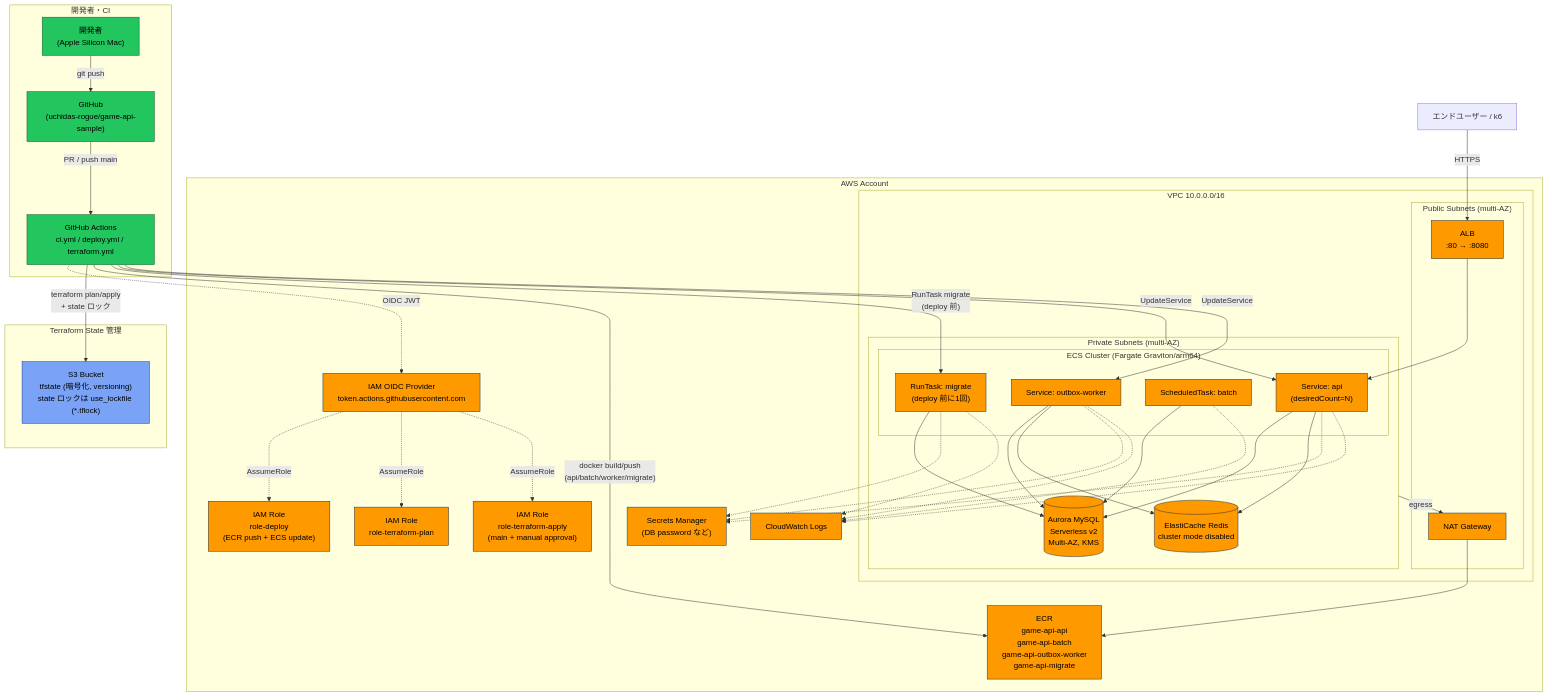
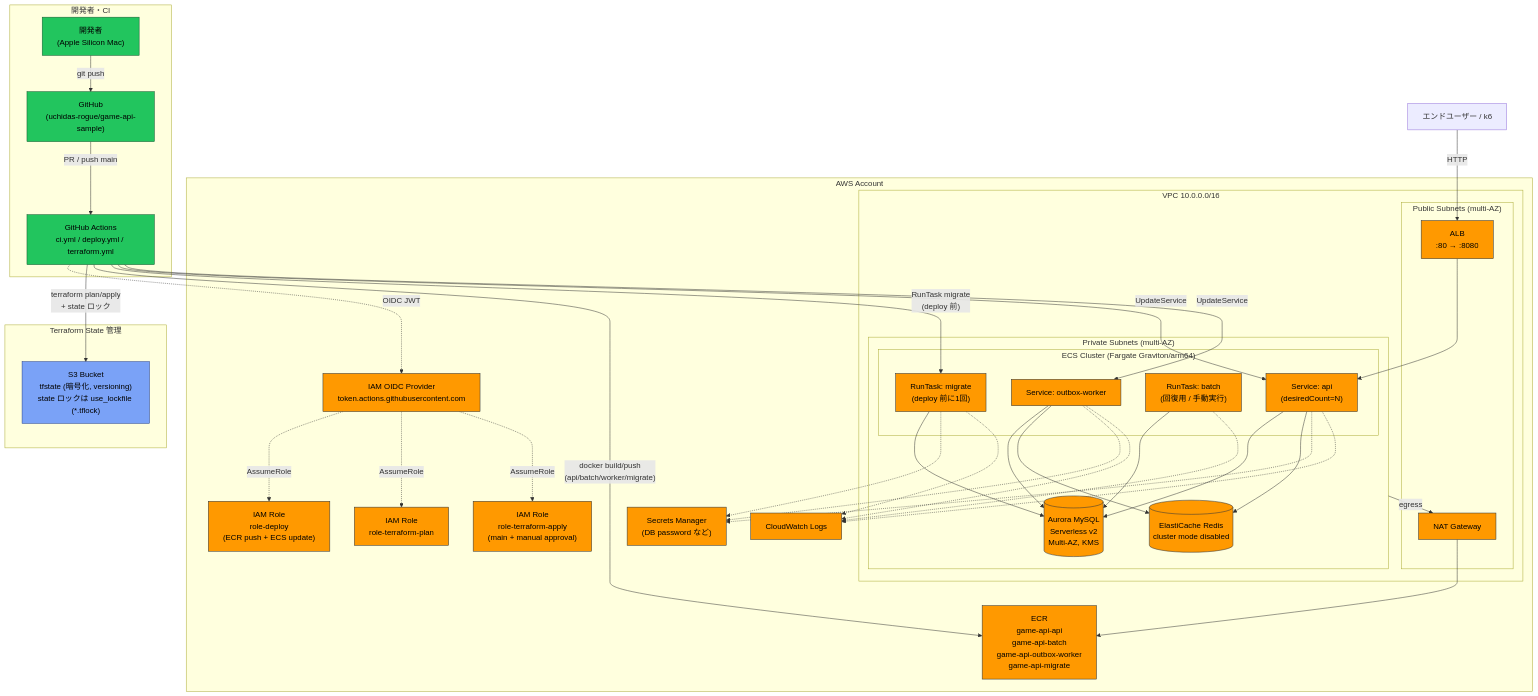
One commit to uchidas-rogue/game-api-sample changed the first of 3 diagrams in terraform/ARCHITECTURE.md. Above: the diagram before and after it, drawn with Mermaid. The commit also changed 3 other files, not shown here.

```diff
--- a/terraform/ARCHITECTURE.md
+++ b/terraform/ARCHITECTURE.md
@@ -33,7 +33,7 @@
                 subgraph ECS["ECS Cluster (Fargate Graviton/arm64)"]
                     SvcAPI["Service: api<br/>(desiredCount=N)"]
                     SvcWorker["Service: outbox-worker"]
-                    TaskBatch["ScheduledTask: batch"]
+                    TaskBatch["RunTask: batch<br/>(回復用 / 手動実行)"]
                     TaskMigrate["RunTask: migrate<br/>(deploy 前に1回)"]
                 end
                 Aurora[("Aurora MySQL<br/>Serverless v2<br/>Multi-AZ, KMS")]
@@ -61,7 +61,7 @@
     GHA -- "UpdateService" --> SvcAPI
     GHA -- "UpdateService" --> SvcWorker
 
-    User["エンドユーザー / k6"] -- "HTTPS" --> ALB
+    User["エンドユーザー / k6"] -- "HTTP" --> ALB
     ALB --> SvcAPI
     SvcAPI --> Aurora
     SvcAPI --> Redis
```
